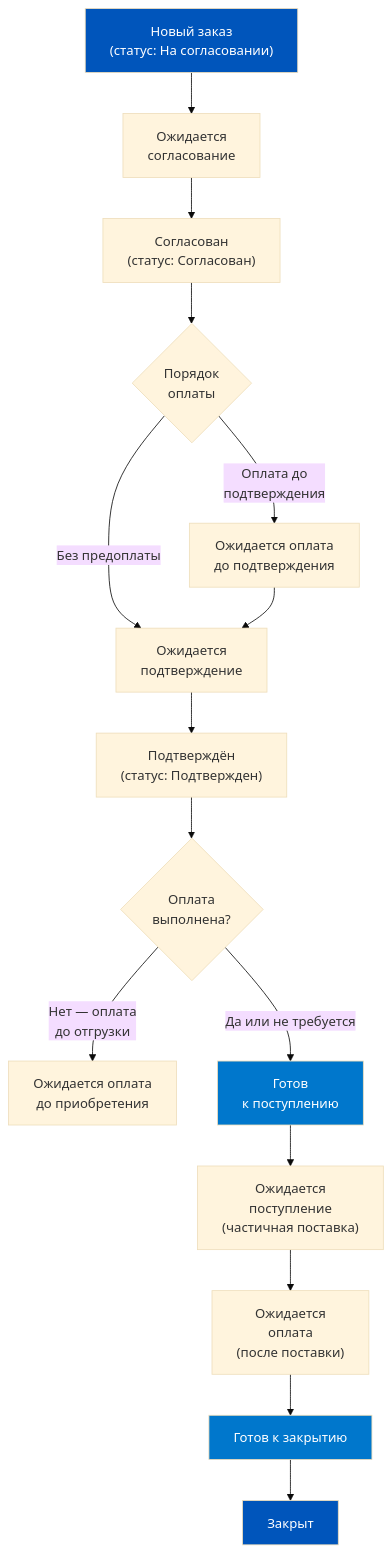
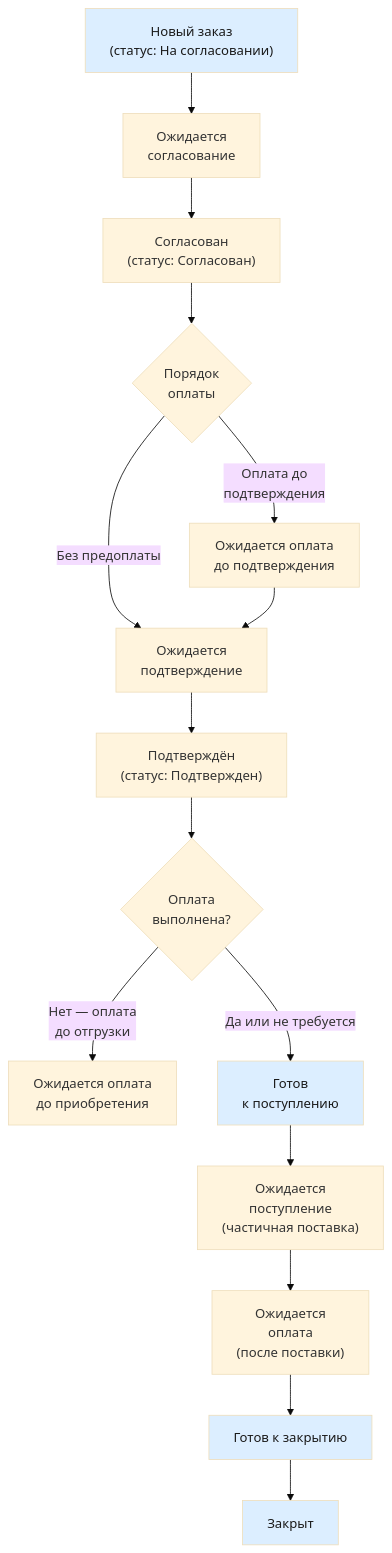
One commit to murad1986/1c-erp-quartz changed the first of 5 diagrams in content/1c-erp/week_3/Неделя 3 - День 5 - Мониторинг заказов.md. Above: the diagram before and after it, drawn with Mermaid (base theme). The commit also changed other lines of this file and 57 other files, not shown here.

First line of the commit message:
fix: Mermaid — пастельные цвета в источниках диаграмм (56 файлов)

````diff
--- a/content/1c-erp/week_3/Неделя 3 - День 5 - Мониторинг заказов.md
+++ b/content/1c-erp/week_3/Неделя 3 - День 5 - Мониторинг заказов.md
@@ -64,22 +64,22 @@
 ```mermaid
 flowchart TD
     A["Новый заказ<br/>(статус: На согласовании)"] --> B["Ожидается<br/>согласование"]
     B --> C["Согласован<br/>(статус: Согласован)"]
     C --> D{Порядок<br/>оплаты}
     D -->|Оплата до<br/>подтверждения| E["Ожидается оплата<br/>до подтверждения"]
     D -->|Без предоплаты| F["Ожидается<br/>подтверждение"]
     E --> F
     F --> G["Подтверждён<br/>(статус: Подтвержден)"]
     G --> H{Оплата<br/>выполнена?}
     H -->|Нет — оплата<br/>до отгрузки| I["Ожидается оплата<br/>до приобретения"]
     H -->|Да или не требуется| J["Готов<br/>к поступлению"]
     J --> K["Ожидается<br/>поступление<br/>(частичная поставка)"]
     K --> L["Ожидается<br/>оплата<br/>(после поставки)"]
     L --> M["Готов к закрытию"]
     M --> N["Закрыт"]
 
-    style A fill:#0055BB,color:#fff
-    style J fill:#0077CC,color:#fff
-    style M fill:#0077CC,color:#fff
-    style N fill:#0055BB,color:#fff
+    style A fill:#dceeff,color:#1a1a1a
+    style J fill:#dceeff,color:#1a1a1a
+    style M fill:#dceeff,color:#1a1a1a
+    style N fill:#dceeff,color:#1a1a1a
 ```
````
